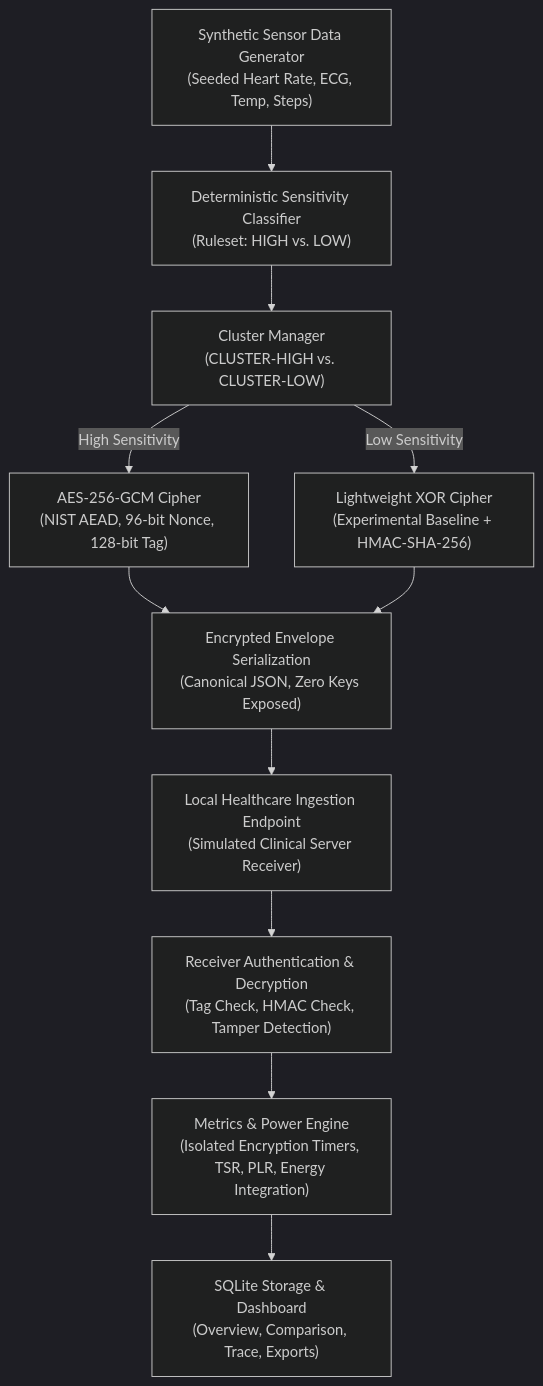
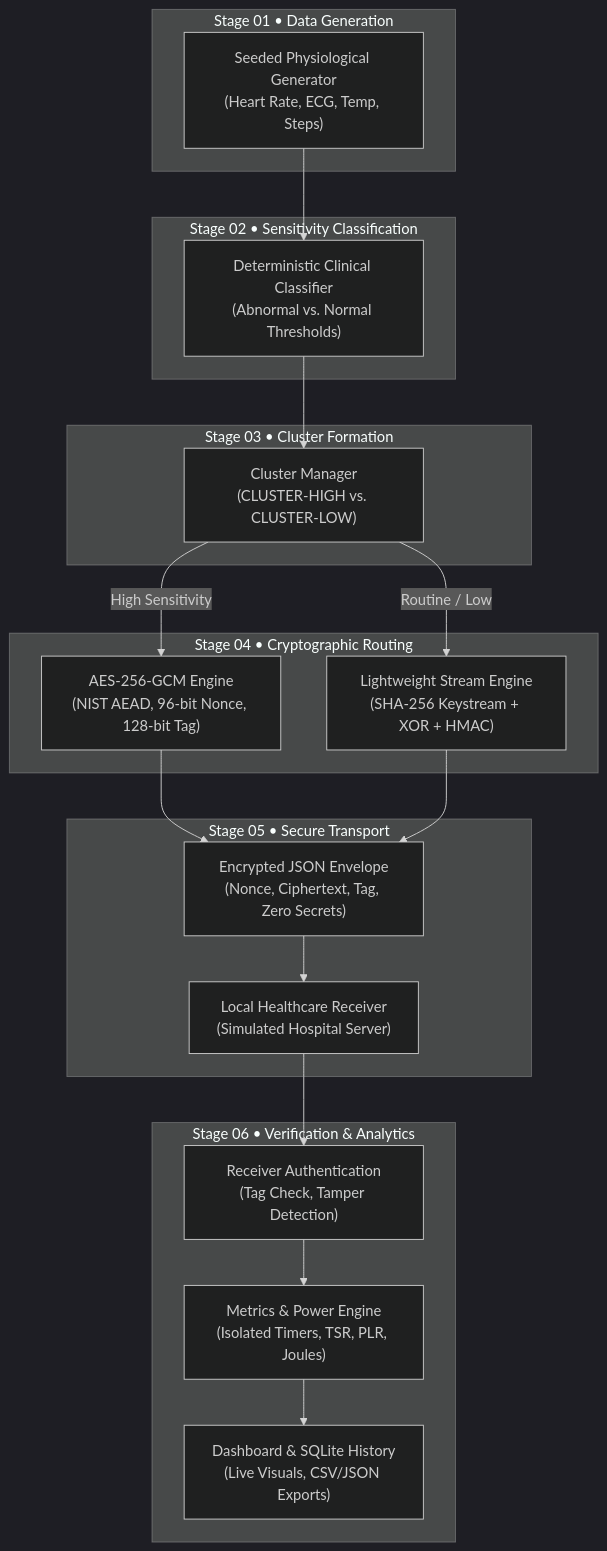
The diagram in README.md (JATIN17082005/Cluster-Based-IoT-Healthcare-Encryption), drawn with Mermaid (dark theme) before and after one commit. The commit also changed other lines of this file, not shown here.

Commit message:
docs: write comprehensive README covering complete project architecture, dual hardware scenarios, and defense guide

````diff
--- a/README.md
+++ b/README.md
@@ -11,18 +73,41 @@
 ```mermaid
 flowchart TD
-    A["Synthetic Sensor Data Generator<br/>(Seeded Heart Rate, ECG, Temp, Steps)"] --> B["Deterministic Sensitivity Classifier<br/>(Ruleset: HIGH vs. LOW)"]
-    B --> C["Cluster Manager<br/>(CLUSTER-HIGH vs. CLUSTER-LOW)"]
+    subgraph STAGE_1["Stage 01 • Data Generation"]
+        A["Seeded Physiological Generator<br/>(Heart Rate, ECG, Temp, Steps)"]
+    end
 
-    C -->|High Sensitivity| D["AES-256-GCM Cipher<br/>(NIST AEAD, 96-bit Nonce, 128-bit Tag)"]
-    C -->|Low Sensitivity| E["Lightweight XOR Cipher<br/>(Experimental Baseline + HMAC-SHA-256)"]
+    subgraph STAGE_2["Stage 02 • Sensitivity Classification"]
+        B["Deterministic Clinical Classifier<br/>(Abnormal vs. Normal Thresholds)"]
+    end
 
-    D --> F["Encrypted Envelope Serialization<br/>(Canonical JSON, Zero Keys Exposed)"]
+    subgraph STAGE_3["Stage 03 • Cluster Formation"]
+        C["Cluster Manager<br/>(CLUSTER-HIGH vs. CLUSTER-LOW)"]
+    end
+
+    subgraph STAGE_4["Stage 04 • Cryptographic Routing"]
+        D["AES-256-GCM Engine<br/>(NIST AEAD, 96-bit Nonce, 128-bit Tag)"]
+        E["Lightweight Stream Engine<br/>(SHA-256 Keystream + XOR + HMAC)"]
+    end
+
+    subgraph STAGE_5["Stage 05 • Secure Transport"]
+        F["Encrypted JSON Envelope<br/>(Nonce, Ciphertext, Tag, Zero Secrets)"]
+        G["Local Healthcare Receiver<br/>(Simulated Hospital Server)"]
+    end
+
+    subgraph STAGE_6["Stage 06 • Verification & Analytics"]
+        H["Receiver Authentication<br/>(Tag Check, Tamper Detection)"]
+        I["Metrics & Power Engine<br/>(Isolated Timers, TSR, PLR, Joules)"]
+        J["Dashboard & SQLite History<br/>(Live Visuals, CSV/JSON Exports)"]
+    end
+
+    A --> B
+    B --> C
+    C -->|High Sensitivity| D
+    C -->|Routine / Low| E
+    D --> F
     E --> F
-
-    F --> G["Local Healthcare Ingestion Endpoint<br/>(Simulated Clinical Server Receiver)"]
-
-    G --> H["Receiver Authentication & Decryption<br/>(Tag Check, HMAC Check, Tamper Detection)"]
-
-    H --> I["Metrics & Power Engine<br/>(Isolated Encryption Timers, TSR, PLR, Energy Integration)"]
-    I --> J["SQLite Storage & Dashboard<br/>(Overview, Comparison, Trace, Exports)"]
+    F --> G
+    G --> H
+    H --> I
+    I --> J
 ```
````
